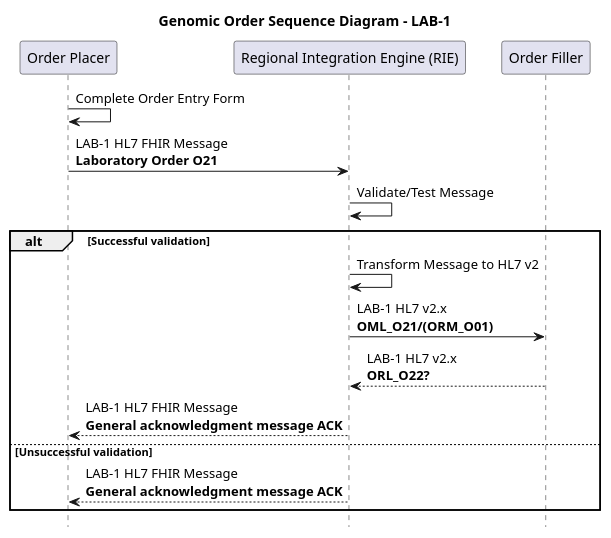
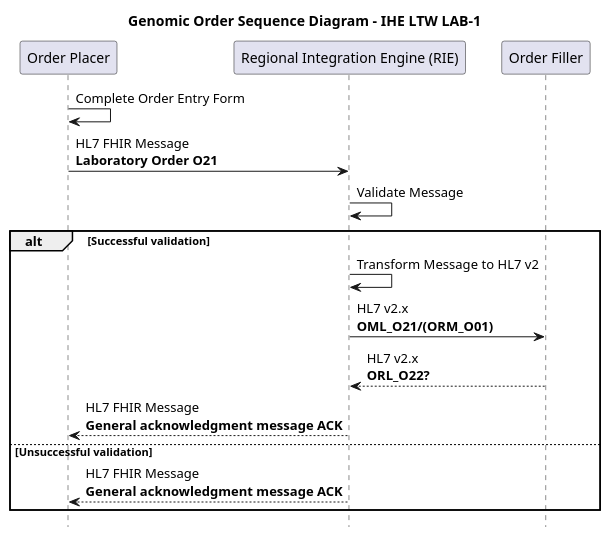
One commit to nw-gmsa/nw-gmsa.github.com changed the diagram in input/images-source/LAB1-sequence.plantuml. Above: the diagram before and after it, drawn with PlantUML. The commit also changed 2 other files, not shown here.

Commit message:
Adding general enterprise constraints

```diff
--- a/input/images-source/LAB1-sequence.plantuml
+++ b/input/images-source/LAB1-sequence.plantuml
@@ -1,24 +1,24 @@
 @startuml
 
-title "Genomic Order Sequence Diagram - LAB-1"
+title "Genomic Order Sequence Diagram - IHE LTW LAB-1"
 
 hide footbox
 
 participant "Order Placer" as EPR
 participant "Regional Integration Engine (RIE)" as TIE
 participant "Order Filler" as LIMS
 
 EPR -> EPR: Complete Order Entry Form
-EPR -> TIE: LAB-1 HL7 FHIR Message\n**Laboratory Order O21**
-TIE -> TIE: Validate/Test Message
+EPR -> TIE: HL7 FHIR Message\n**Laboratory Order O21**
+TIE -> TIE: Validate Message
 
 alt Successful validation
 TIE -> TIE : Transform Message to HL7 v2
-TIE -> LIMS: LAB-1 HL7 v2.x\n**OML_O21/(ORM_O01)**
-LIMS --> TIE: LAB-1 HL7 v2.x\n**ORL_O22?**
-TIE --> EPR: LAB-1 HL7 FHIR Message\n**General acknowledgment message ACK**
+TIE -> LIMS: HL7 v2.x\n**OML_O21/(ORM_O01)**
+LIMS --> TIE: HL7 v2.x\n**ORL_O22?**
+TIE --> EPR: HL7 FHIR Message\n**General acknowledgment message ACK**
 else Unsuccessful validation
-TIE --> EPR: LAB-1 HL7 FHIR Message\n**General acknowledgment message ACK**
+TIE --> EPR: HL7 FHIR Message\n**General acknowledgment message ACK**
 end
 
 @enduml
```
